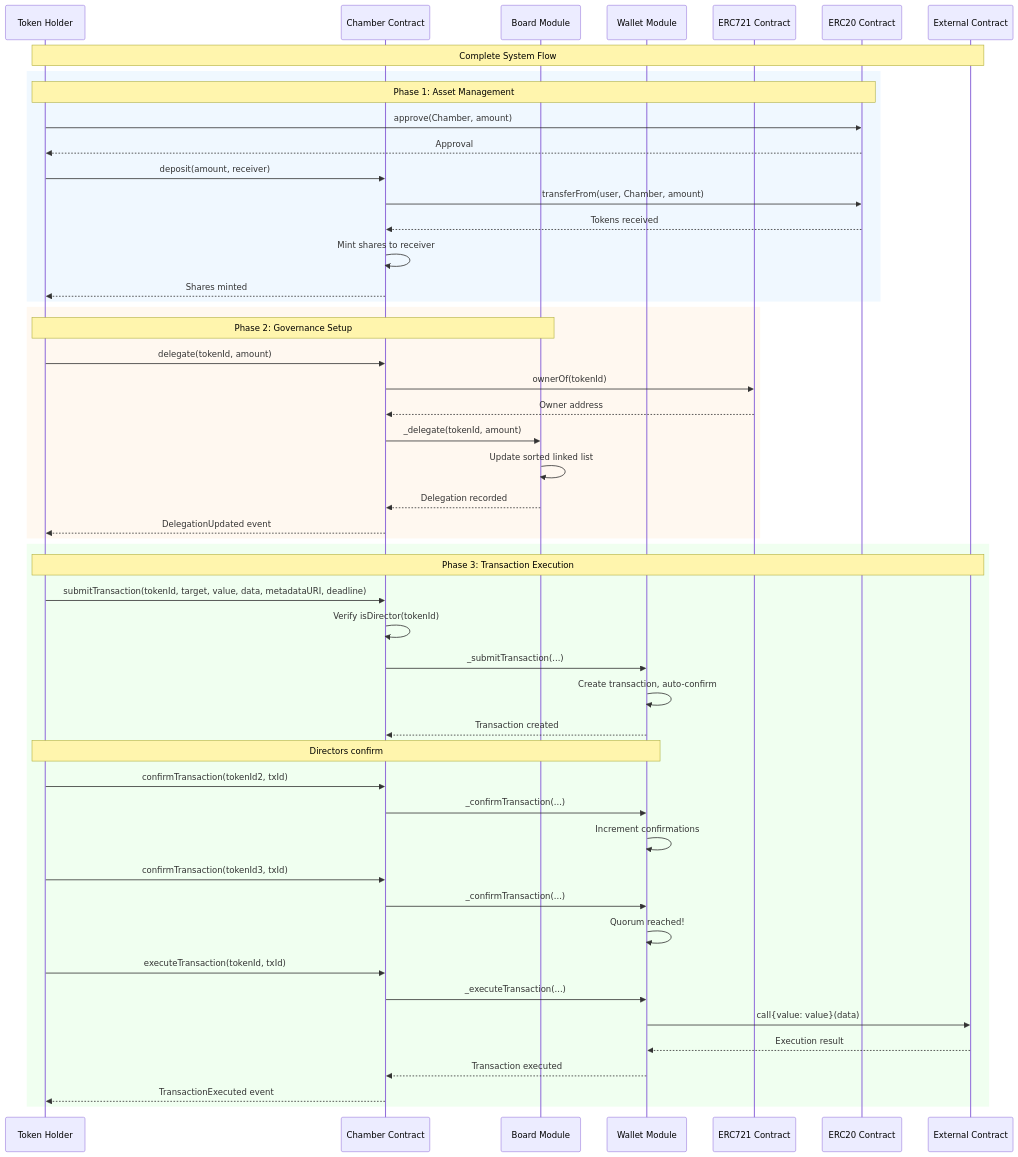
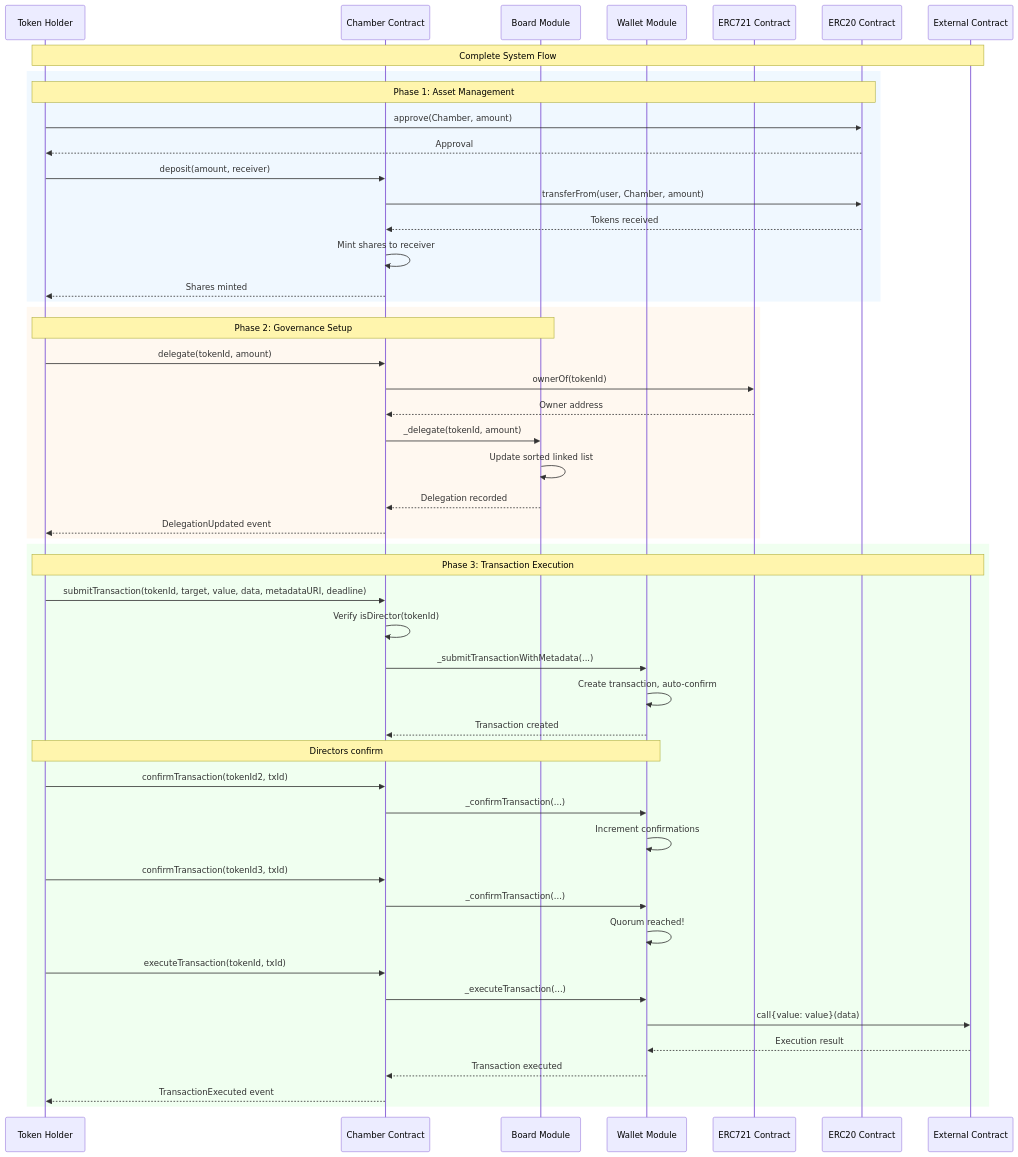
One commit to loreum-org/chamber changed the first of 11 diagrams in docs/reference/sequence-diagrams.md. Above: the diagram before and after it, drawn with Mermaid. The commit also changed other lines of this file and 6 other files, not shown here.

````diff
--- a/docs/reference/sequence-diagrams.md
+++ b/docs/reference/sequence-diagrams.md
@@ -25,59 +25,59 @@
 ```mermaid
 sequenceDiagram
     participant User as Token Holder
     participant Chamber as Chamber Contract
     participant Board as Board Module
     participant Wallet as Wallet Module
     participant NFT as ERC721 Contract
     participant ERC20 as ERC20 Contract
     participant External as External Contract
 
     Note over User,External: Complete System Flow
 
     rect rgb(240, 248, 255)
         Note over User,ERC20: Phase 1: Asset Management
         User->>ERC20: approve(Chamber, amount)
         ERC20-->>User: Approval
         User->>Chamber: deposit(amount, receiver)
         Chamber->>ERC20: transferFrom(user, Chamber, amount)
         ERC20-->>Chamber: Tokens received
         Chamber->>Chamber: Mint shares to receiver
         Chamber-->>User: Shares minted
     end
 
     rect rgb(255, 248, 240)
         Note over User,Board: Phase 2: Governance Setup
         User->>Chamber: delegate(tokenId, amount)
         Chamber->>NFT: ownerOf(tokenId)
         NFT-->>Chamber: Owner address
         Chamber->>Board: _delegate(tokenId, amount)
         Board->>Board: Update sorted linked list
         Board-->>Chamber: Delegation recorded
         Chamber-->>User: DelegationUpdated event
     end
 
     rect rgb(240, 255, 240)
         Note over User,External: Phase 3: Transaction Execution
         User->>Chamber: submitTransaction(tokenId, target, value, data, metadataURI, deadline)
         Chamber->>Chamber: Verify isDirector(tokenId)
-        Chamber->>Wallet: _submitTransaction(...)
+        Chamber->>Wallet: _submitTransactionWithMetadata(...)
         Wallet->>Wallet: Create transaction, auto-confirm
         Wallet-->>Chamber: Transaction created
         
         Note over User,Wallet: Directors confirm
         User->>Chamber: confirmTransaction(tokenId2, txId)
         Chamber->>Wallet: _confirmTransaction(...)
         Wallet->>Wallet: Increment confirmations
         
         User->>Chamber: confirmTransaction(tokenId3, txId)
         Chamber->>Wallet: _confirmTransaction(...)
         Wallet->>Wallet: Quorum reached!
         
         User->>Chamber: executeTransaction(tokenId, txId)
         Chamber->>Wallet: _executeTransaction(...)
         Wallet->>External: call{value: value}(data)
         External-->>Wallet: Execution result
         Wallet-->>Chamber: Transaction executed
         Chamber-->>User: TransactionExecuted event
     end
 ```
````
